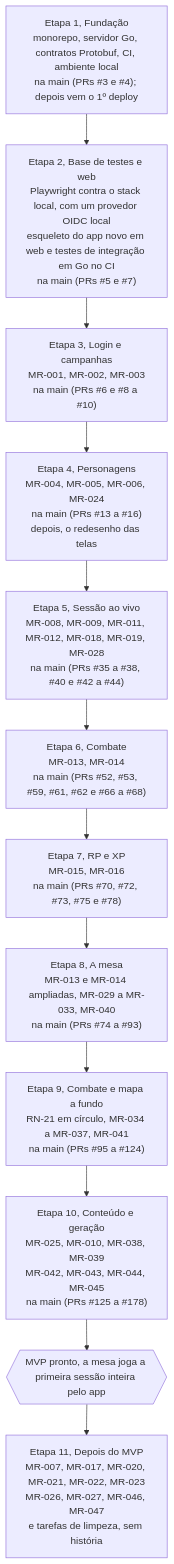
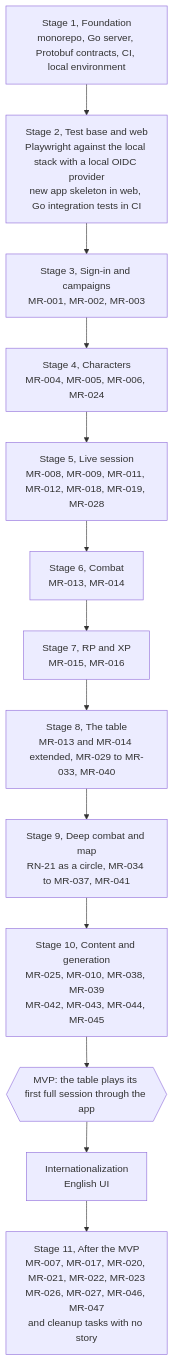
The diagram in docs/roadmap.md (PuraFome/meuRPG), drawn with Mermaid before and after one commit. The commit also changed other lines of this file and 181 other files, not shown here.

````diff
--- a/docs/roadmap.md
+++ b/docs/roadmap.md
@@ -5,17 +7,18 @@
 ```mermaid
 flowchart TD
-    E1["Etapa 1, Fundação<br/>monorepo, servidor Go, contratos Protobuf, CI, ambiente local<br/>na main (PRs #3 e #4); depois vem o 1º deploy"]
-    E2["Etapa 2, Base de testes e web<br/>Playwright contra o stack local, com um provedor OIDC local<br/>esqueleto do app novo em web e testes de integração em Go no CI<br/>na main (PRs #5 e #7)"]
-    E3["Etapa 3, Login e campanhas<br/>MR-001, MR-002, MR-003<br/>na main (PRs #6 e #8 a #10)"]
-    E4["Etapa 4, Personagens<br/>MR-004, MR-005, MR-006, MR-024<br/>na main (PRs #13 a #16)<br/>depois, o redesenho das telas"]
-    E5["Etapa 5, Sessão ao vivo<br/>MR-008, MR-009, MR-011, MR-012, MR-018, MR-019, MR-028<br/>na main (PRs #35 a #38, #40 e #42 a #44)"]
-    E6["Etapa 6, Combate<br/>MR-013, MR-014<br/>na main (PRs #52, #53, #59, #61, #62 e #66 a #68)"]
-    E7["Etapa 7, RP e XP<br/>MR-015, MR-016<br/>na main (PRs #70, #72, #73, #75 e #78)"]
-    E8["Etapa 8, A mesa<br/>MR-013 e MR-014 ampliadas, MR-029 a MR-033, MR-040<br/>na main (PRs #74 a #93)"]
-    E9["Etapa 9, Combate e mapa a fundo<br/>RN-21 em círculo, MR-034 a MR-037, MR-041<br/>na main (PRs #95 a #124)"]
-    E10["Etapa 10, Conteúdo e geração<br/>MR-025, MR-010, MR-038, MR-039<br/>MR-042, MR-043, MR-044, MR-045<br/>na main (PRs #125 a #178)"]
-    MVP{{"MVP pronto, a mesa joga a primeira sessão inteira pelo app"}}
-    E11["Etapa 11, Depois do MVP<br/>MR-007, MR-017, MR-020, MR-021, MR-022, MR-023<br/>MR-026, MR-027, MR-046, MR-047<br/>e tarefas de limpeza, sem história"]
+    E1["Stage 1, Foundation<br/>monorepo, Go server, Protobuf contracts, CI, local environment"]
+    E2["Stage 2, Test base and web<br/>Playwright against the local stack with a local OIDC provider<br/>new app skeleton in web, Go integration tests in CI"]
+    E3["Stage 3, Sign-in and campaigns<br/>MR-001, MR-002, MR-003"]
+    E4["Stage 4, Characters<br/>MR-004, MR-005, MR-006, MR-024"]
+    E5["Stage 5, Live session<br/>MR-008, MR-009, MR-011, MR-012, MR-018, MR-019, MR-028"]
+    E6["Stage 6, Combat<br/>MR-013, MR-014"]
+    E7["Stage 7, RP and XP<br/>MR-015, MR-016"]
+    E8["Stage 8, The table<br/>MR-013 and MR-014 extended, MR-029 to MR-033, MR-040"]
+    E9["Stage 9, Deep combat and map<br/>RN-21 as a circle, MR-034 to MR-037, MR-041"]
+    E10["Stage 10, Content and generation<br/>MR-025, MR-010, MR-038, MR-039<br/>MR-042, MR-043, MR-044, MR-045"]
+    MVP{{"MVP: the table plays its first full session through the app"}}
+    I18N["Internationalization<br/>English UI"]
+    E11["Stage 11, After the MVP<br/>MR-007, MR-017, MR-020, MR-021, MR-022, MR-023<br/>MR-026, MR-027, MR-046, MR-047<br/>and cleanup tasks with no story"]
 
-    E1 --> E2 --> E3 --> E4 --> E5 --> E6 --> E7 --> E8 --> E9 --> E10 --> MVP --> E11
+    E1 --> E2 --> E3 --> E4 --> E5 --> E6 --> E7 --> E8 --> E9 --> E10 --> MVP --> I18N --> E11
 ```
````
